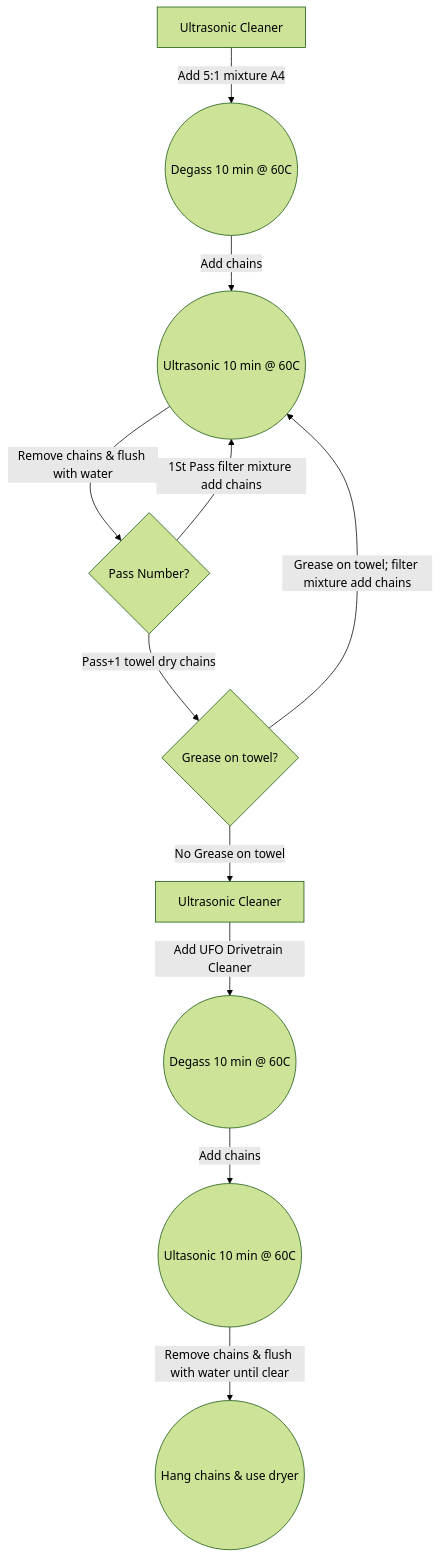
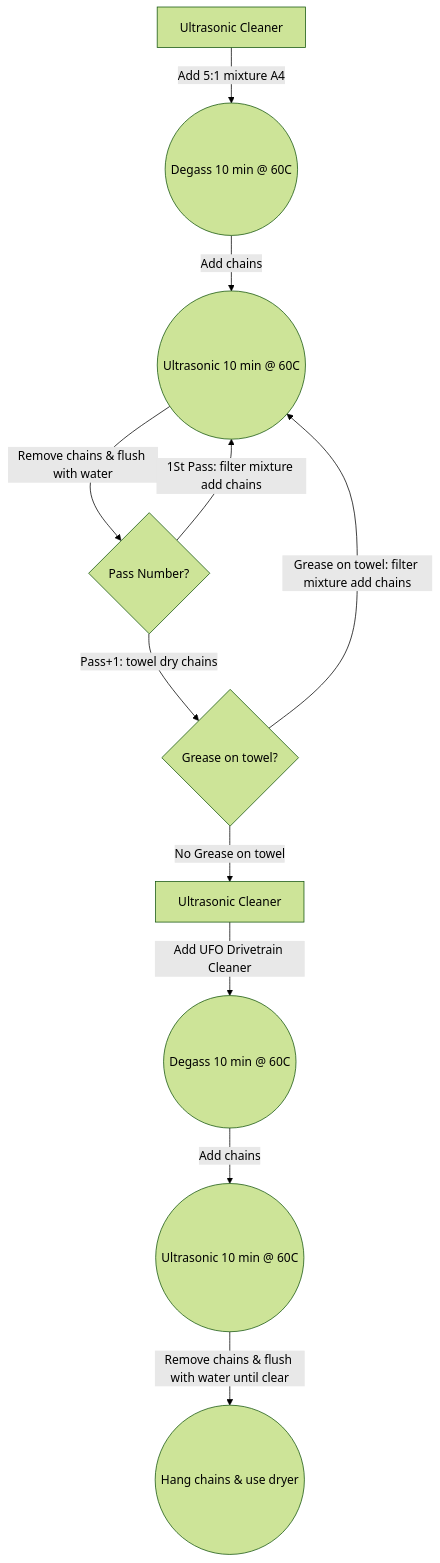
One commit to rneher-igel/Neher changed the diagram in docs/Docs/Bicycle-Chain-Waxing.md. Above: the diagram before and after it, drawn with Mermaid (forest theme).

````diff
--- a/docs/Docs/Bicycle-Chain-Waxing.md
+++ b/docs/Docs/Bicycle-Chain-Waxing.md
@@ -26,13 +26,13 @@
 ```mermaid
 flowchart TD
  A[Ultrasonic Cleaner]-- Add 5:1 mixture A4 --> B((Degass 10 min @ 60C))
  B-- Add chains --> C((Ultrasonic 10 min @ 60C))
  C -- Remove chains & flush with water --> D{Pass Number?}
- D -- 1St Pass filter mixture add chains --> C
- D -- Pass+1 towel dry chains --> E{Grease on towel?}
- E -- Grease on towel; filter mixture add chains --> C
+ D -- 1St Pass: filter mixture add chains --> C
+ D -- Pass+1: towel dry chains --> E{Grease on towel?}
+ E -- Grease on towel: filter mixture add chains --> C
  E -- No Grease on towel --> F[Ultrasonic Cleaner]
  F -- Add UFO Drivetrain Cleaner --> G((Degass 10 min @ 60C))
- G -- Add chains --> H((Ultasonic 10 min @ 60C))
+ G -- Add chains --> H((Ultrasonic 10 min @ 60C))
  H -- Remove chains & flush with water until clear --> I((Hang chains & use dryer))
 ```
````
